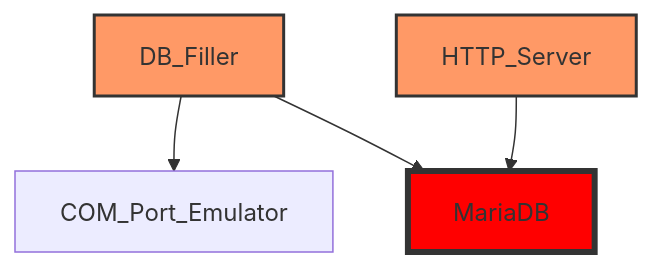
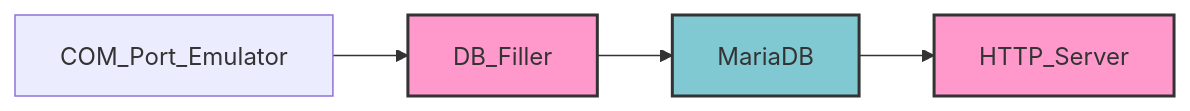
One commit to Simoffsky/Operating-System-Labs changed the diagram in README.md. Above: the diagram before and after it, drawn with Mermaid.

Commit message:
Исправление mermaid чарта

````diff
--- a/README.md
+++ b/README.md
@@ -22,13 +21,12 @@
 ```mermaid
-flowchart TB
-    DB_Filler --> COM_Port_Emulator
+flowchart LR
+    COM_Port_Emulator --> DB_Filler
     DB_Filler --> MariaDB
+    MariaDB --> HTTP_Server
 
-    HTTP_Server --> MariaDB
-    
     class DB_Filler,HTTP_Server service
     class MariaDB database
-    
-    classDef service fill:#f96,stroke:#333,stroke-width:2px
-    classDef database fill:#f00,stroke:#333,stroke-width:4px
+
+    classDef service fill:#f9c,stroke:#333,stroke-width:2px
+    classDef database fill:#80c9d3,stroke:#333,stroke-width:2px
 ```
````
